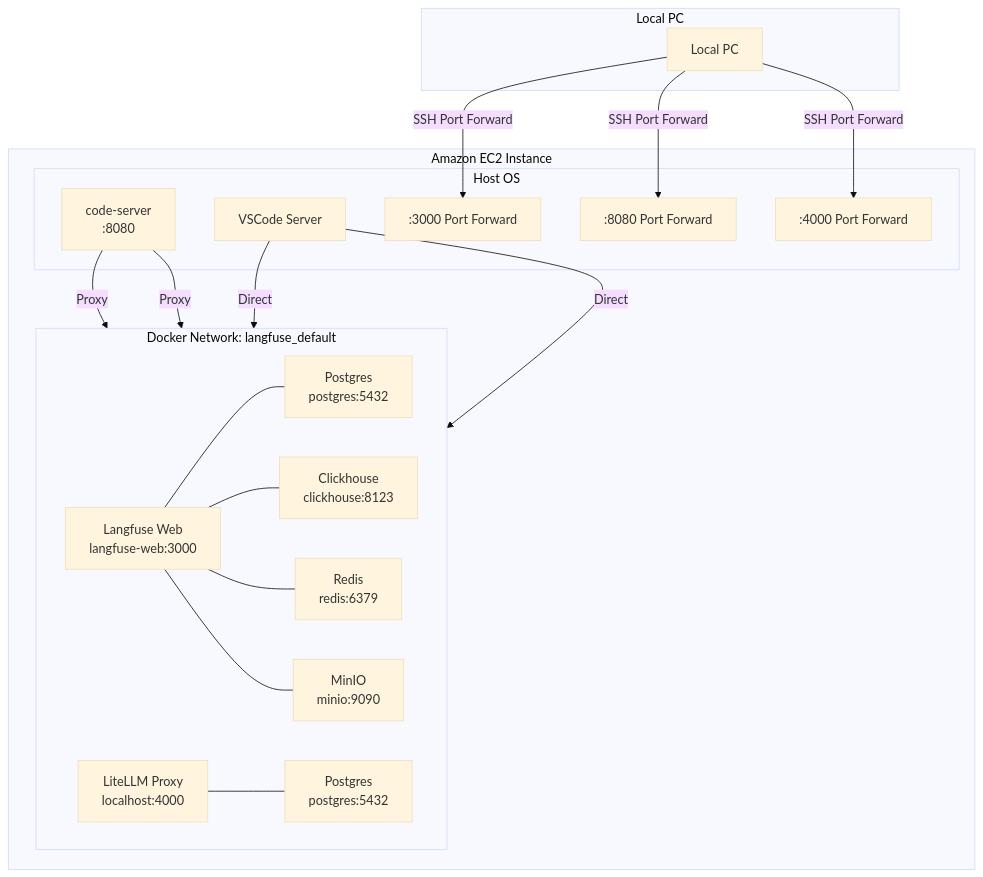
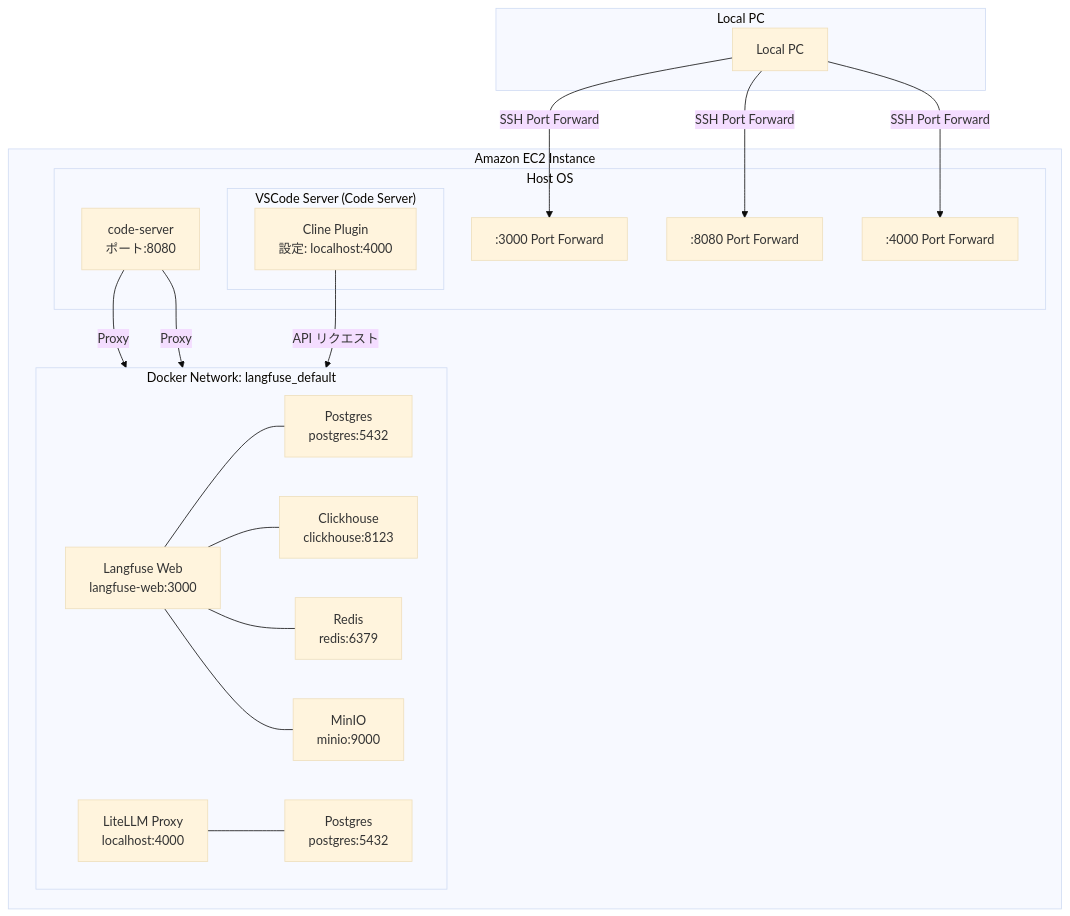
The diagram in workshops/ai-coding-workshop/cline/4.langfuse/README.md (littlemex/aws-samples), drawn with Mermaid (base theme) before and after one commit. The commit also changed other lines of this file and 7 other files, not shown here.

````diff
--- a/workshops/ai-coding-workshop/cline/4.langfuse/README.md
+++ b/workshops/ai-coding-workshop/cline/4.langfuse/README.md
@@ -20,42 +17,45 @@
 ```mermaid
 graph TB
     subgraph "Local PC"
         MB[Local PC]
     end
 
     subgraph "Amazon EC2 Instance"
         subgraph "Host OS"
-            CS[code-server<br/>:8080]
-            VSC[VSCode Server]
+            CS[code-server<br/>ポート:8080]
+            
+            subgraph "VSCode Server (Code Server)"
+                CP[Cline Plugin<br/>設定: localhost:4000]
+            end
+            
             PF1[":3000 Port Forward"]
             PF2[":8080 Port Forward"]
             PF3[":4000 Port Forward"]
         end
 
         subgraph "Docker Network: langfuse_default"
             direction LR
             LF[Langfuse Web<br/>langfuse-web:3000]
             PG1[Postgres<br/>postgres:5432]
             CH[Clickhouse<br/>clickhouse:8123]
             RD[Redis<br/>redis:6379]
-            MN[MinIO<br/>minio:9090]
+            MN[MinIO<br/>minio:9000]
             LL[LiteLLM Proxy<br/>localhost:4000]
             PG2[Postgres<br/>postgres:5432]
             
             LF --- PG1
             LF --- CH
             LF --- RD
             LF --- MN
             LL --- PG2
         end
 
         CS -- "Proxy" --> LF
         CS -- "Proxy" --> LL
-        VSC -- "Direct" --> LF
-        VSC -- "Direct" --> LL
+        CP -- "API リクエスト" --> LL
     end
 
     MB -- "SSH Port Forward" --> PF1
     MB -- "SSH Port Forward" --> PF2
     MB -- "SSH Port Forward" --> PF3
 ```
````
